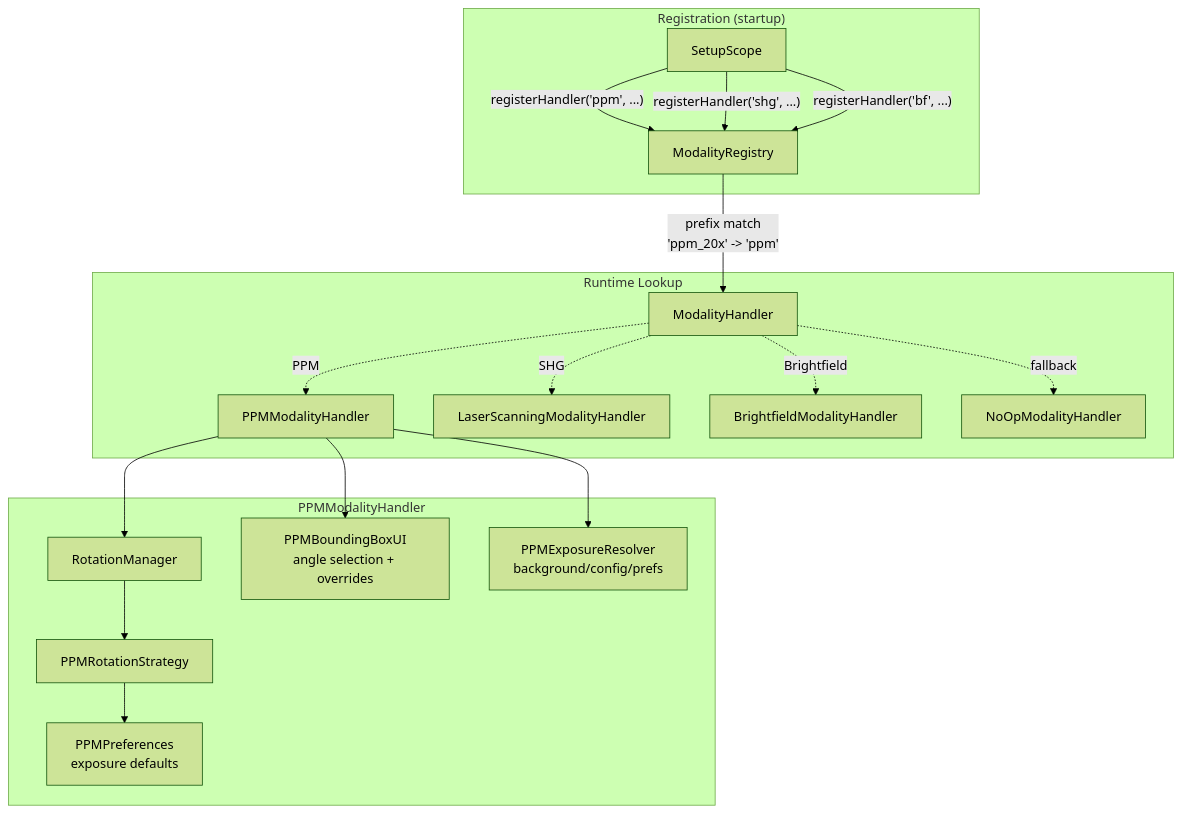
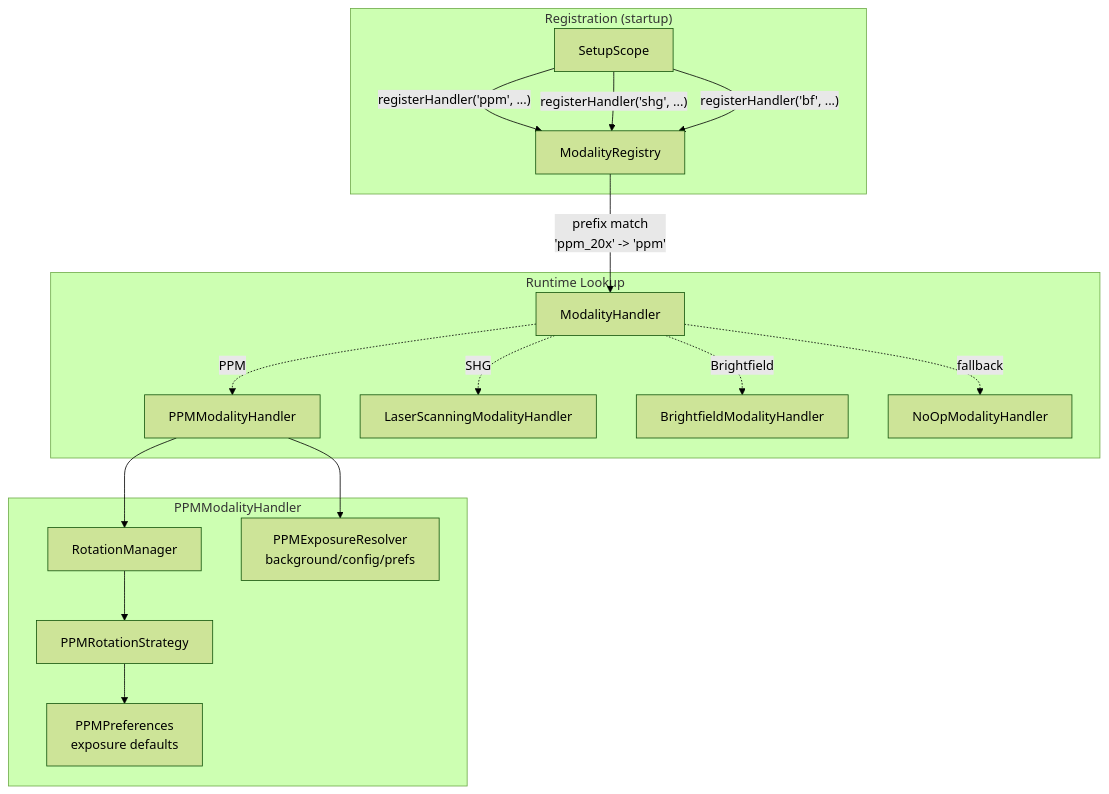
Before and after one commit to uw-loci/qupath-extension-qpsc: the fourth of 7 diagrams in documentation/developer/ARCHITECTURE.md, drawn with Mermaid (forest theme). The commit also changed other lines of this file and 29 other files, not shown here.

````diff
--- a/documentation/developer/ARCHITECTURE.md
+++ b/documentation/developer/ARCHITECTURE.md
@@ -189,24 +189,23 @@
 ```mermaid
 graph TB
     subgraph "Registration (startup)"
         SS[SetupScope] -->|"registerHandler('ppm', ...)"| MR[ModalityRegistry]
         SS -->|"registerHandler('shg', ...)"| MR
         SS -->|"registerHandler('bf', ...)"| MR
     end
 
     subgraph "Runtime Lookup"
         MR -->|"prefix match<br/>'ppm_20x' -> 'ppm'"| MH[ModalityHandler]
         MH -.->|"PPM"| PPM[PPMModalityHandler]
         MH -.->|"SHG"| LSM[LaserScanningModalityHandler]
         MH -.->|"Brightfield"| BFM[BrightfieldModalityHandler]
         MH -.->|"fallback"| NOP[NoOpModalityHandler]
     end
 
     subgraph "PPMModalityHandler"
         PPM --> RM[RotationManager]
         RM --> RS[PPMRotationStrategy]
         RS --> PP[PPMPreferences<br/>exposure defaults]
-        PPM --> BUI[PPMBoundingBoxUI<br/>angle selection + overrides]
         PPM --> ER[PPMExposureResolver<br/>background/config/prefs]
     end
 ```
````
